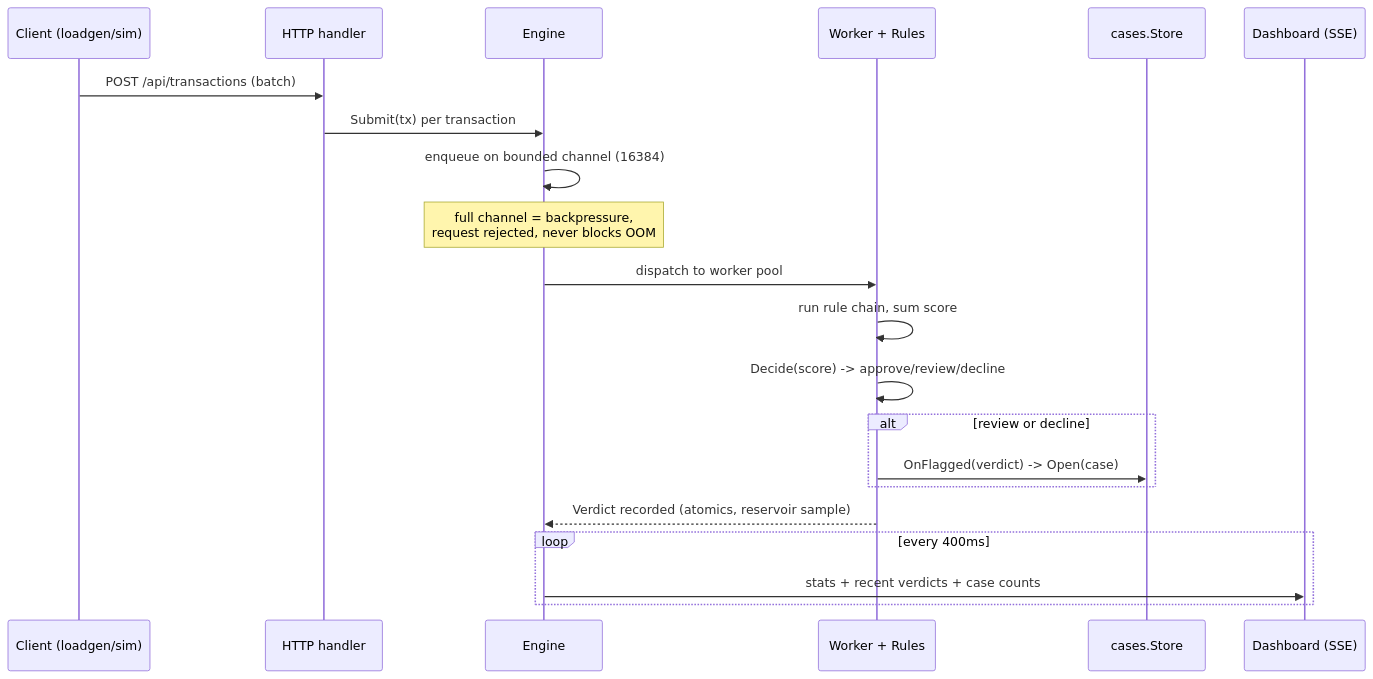
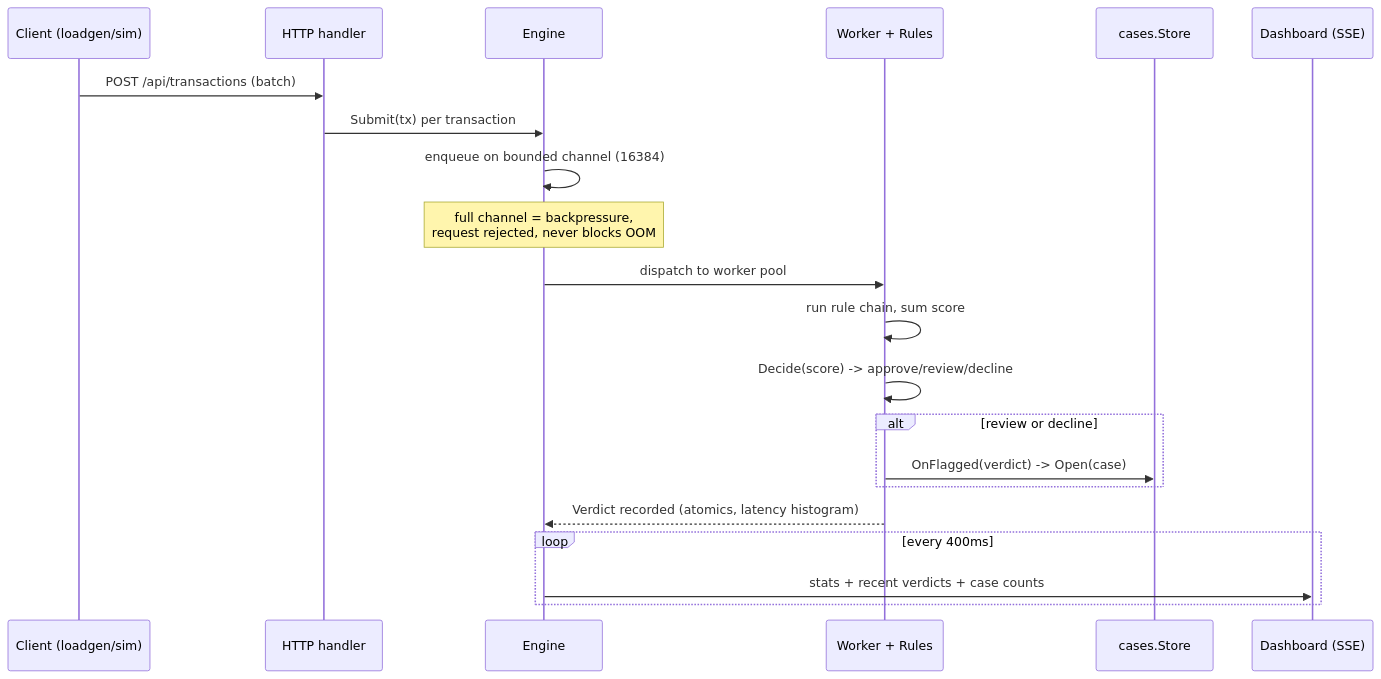
The second of 4 diagrams in docs/diagrams.md (Inn-Keeper/lambari), drawn with Mermaid before and after one commit. The commit also changed 7 other files, not shown here.

First line of the commit message:
Derive dashboard percentiles from the latency histogram

````diff
--- a/docs/diagrams.md
+++ b/docs/diagrams.md
@@ -45,24 +45,24 @@
 ```mermaid
 sequenceDiagram
     participant C as Client (loadgen/sim)
     participant H as HTTP handler
     participant E as Engine
     participant W as Worker + Rules
     participant S as cases.Store
     participant D as Dashboard (SSE)
 
     C->>H: POST /api/transactions (batch)
     H->>E: Submit(tx) per transaction
     E->>E: enqueue on bounded channel (16384)
     Note over E: full channel = backpressure,<br/>request rejected, never blocks OOM
     E->>W: dispatch to worker pool
     W->>W: run rule chain, sum score
     W->>W: Decide(score) -> approve/review/decline
     alt review or decline
         W->>S: OnFlagged(verdict) -> Open(case)
     end
-    W-->>E: Verdict recorded (atomics, reservoir sample)
+    W-->>E: Verdict recorded (atomics, latency histogram)
     loop every 400ms
         E->>D: stats + recent verdicts + case counts
     end
 ```
````
